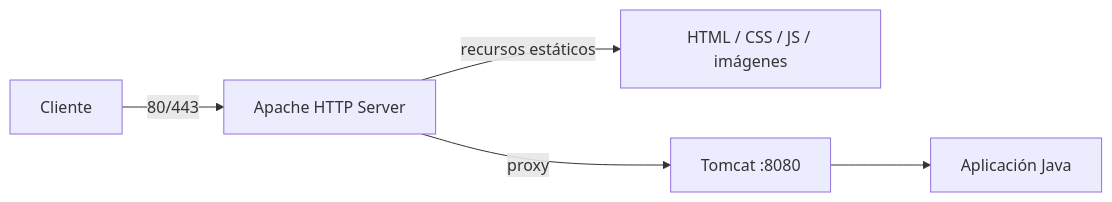
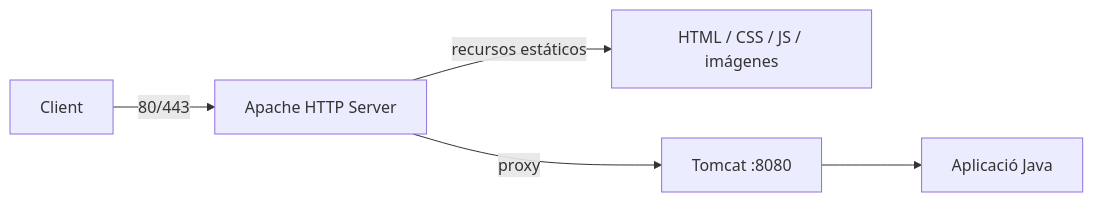
One commit to jordicido/jordicina changed the first of 8 diagrams in docs/daw-daw/up3/03-cooperacion-apache-tomcat.md. Above: the diagram before and after it, drawn with Mermaid. The commit also changed other lines of this file and 10 other files, not shown here.

````diff
--- a/docs/daw-daw/up3/03-cooperacion-apache-tomcat.md
+++ b/docs/daw-daw/up3/03-cooperacion-apache-tomcat.md
@@ -78,7 +78,7 @@
 ```mermaid
 flowchart LR
-    C["Cliente"] -->|"80/443"| A["Apache HTTP Server"]
+    C["Client"] -->|"80/443"| A["Apache HTTP Server"]
     A -->|"recursos estáticos"| S["HTML / CSS / JS / imágenes"]
     A -->|"proxy"| T["Tomcat :8080"]
-    T --> APP["Aplicación Java"]
+    T --> APP["Aplicació Java"]
 ```
````
